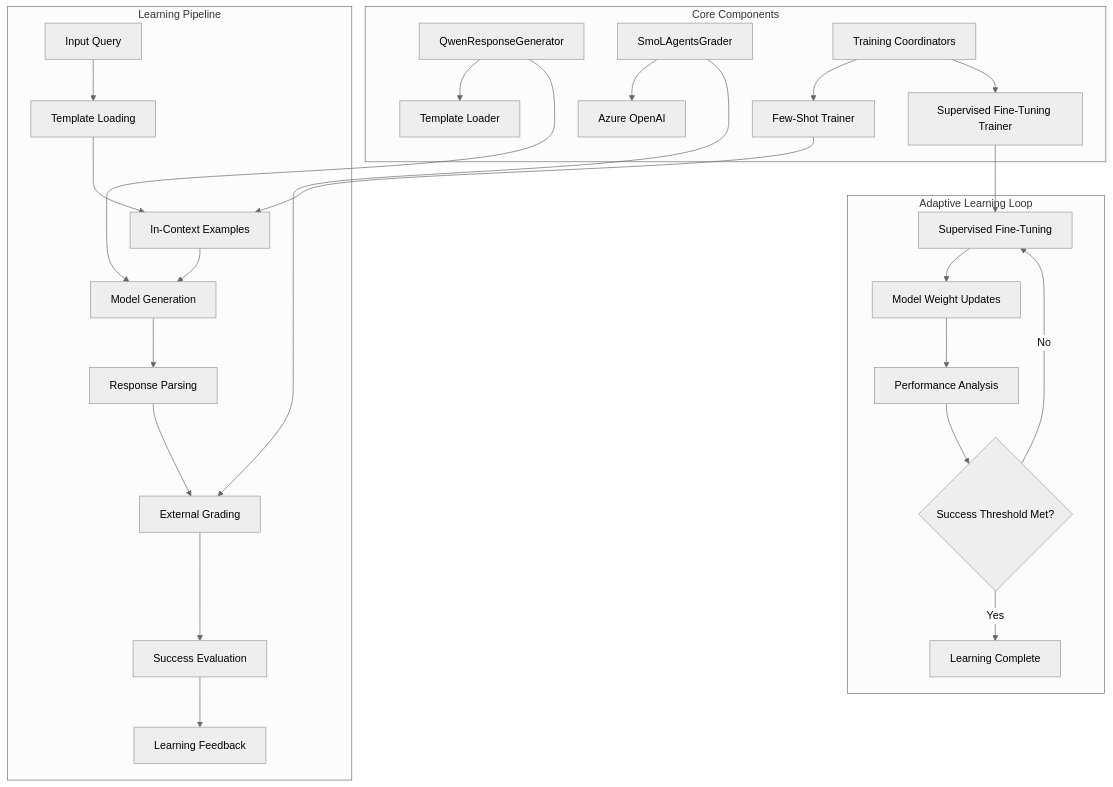
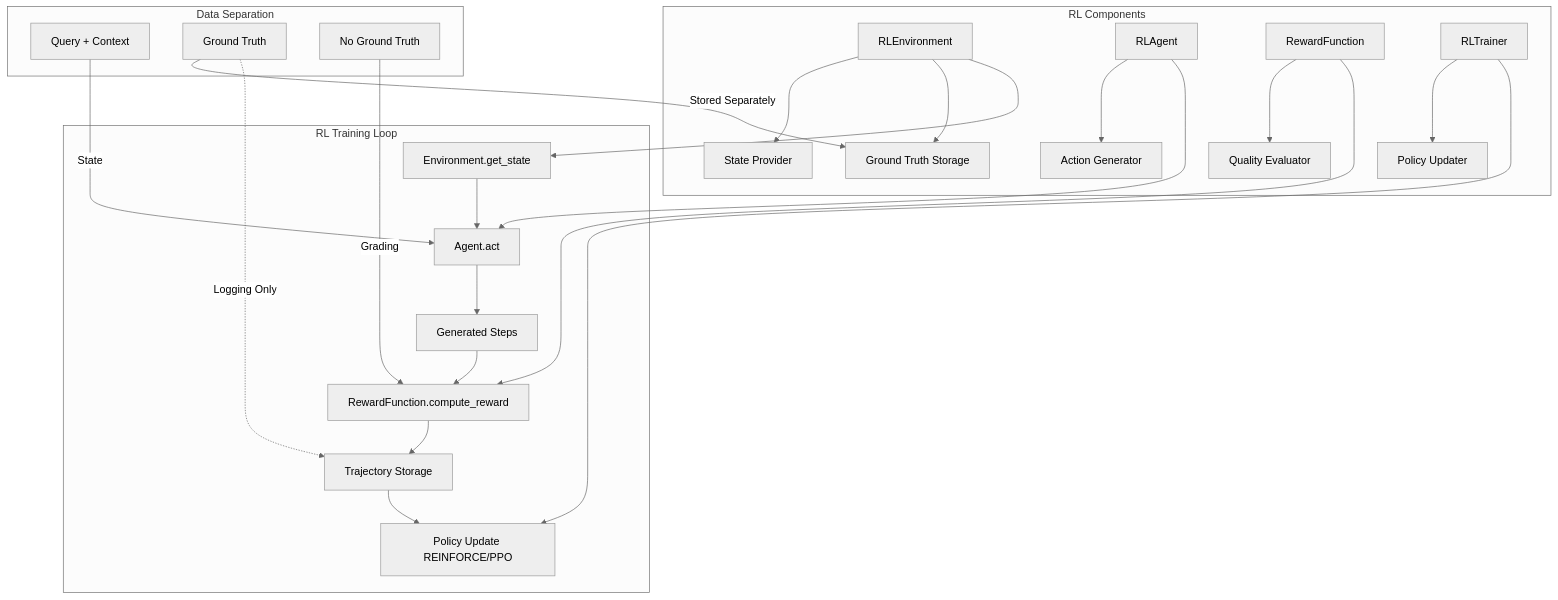
One commit to Psilocybin2K/qwen-rl changed the first of 7 diagrams in README.md. Above: the diagram before and after it, drawn with Mermaid (neutral theme). The commit also changed other lines of this file, not shown here.

````diff
--- a/README.md
+++ b/README.md
@@ -23,32 +24,30 @@
 ```mermaid
 graph TB
-    subgraph "Core Components"
-        A[QwenResponseGenerator] --> B[Template Loader]
-        C[SmoLAgentsGrader] --> D[Azure OpenAI]
-        E[Training Coordinators] --> F[Few-Shot Trainer]
-        E --> G[Supervised Fine-Tuning Trainer]
+    subgraph "RL Components"
+        A[RLEnvironment] --> B[State Provider]
+        A --> C[Ground Truth Storage]
+        D[RLAgent] --> E[Action Generator]
+        F[RewardFunction] --> G[Quality Evaluator]
+        H[RLTrainer] --> I[Policy Updater]
     end
     
-    subgraph "Learning Pipeline"
-        H[Input Query] --> I[Template Loading]
-        I --> J[In-Context Examples]
-        J --> K[Model Generation]
-        K --> L[Response Parsing]
-        L --> M[External Grading]
-        M --> N[Success Evaluation]
-        N --> O[Learning Feedback]
+    subgraph "RL Training Loop"
+        J[Environment.get_state] --> K[Agent.act]
+        K --> L[Generated Steps]
+        L --> M[RewardFunction.compute_reward]
+        M --> N[Trajectory Storage]
+        N --> O[Policy Update REINFORCE/PPO]
     end
     
-    subgraph "Adaptive Learning Loop"
-        P[Performance Analysis] --> Q{Success Threshold Met?}
-        Q -->|Yes| S[Learning Complete]
-        Q -->|No| R[Supervised Fine-Tuning]
-        R --> T[Model Weight Updates]
-        T --> P
+    subgraph "Data Separation"
+        P[Query + Context] -->|State| K
+        Q[Ground Truth] -->|Stored Separately| C
+        Q -.->|Logging Only| N
+        R[No Ground Truth] -->|Grading| M
     end
     
-    A --> K
-    C --> M
-    F --> J
-    G --> R
+    A --> J
+    D --> K
+    F --> M
+    H --> O
 ```
````
